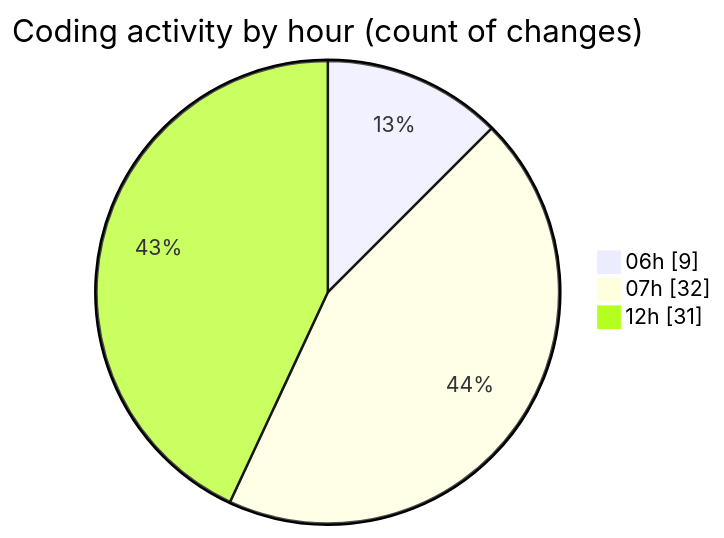
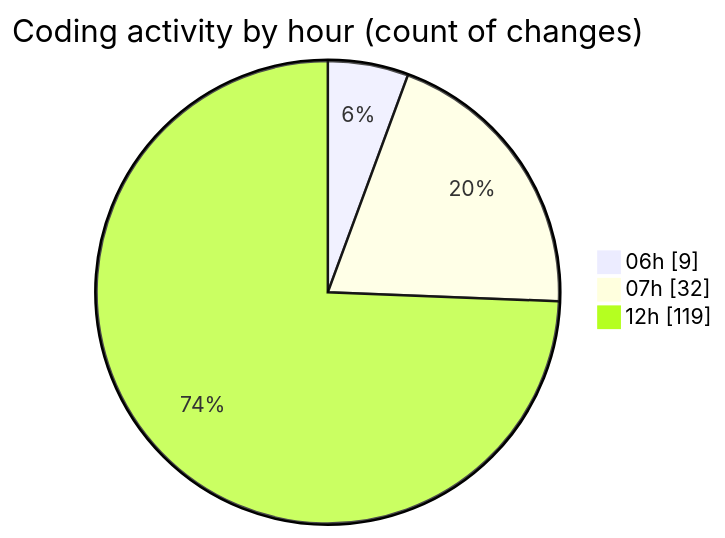
The second of 2 diagrams in 2025-02-18/mbc-web/README.md (robertbonfada/code-tracking), drawn with Mermaid before and after one commit. The commit also changed other lines of this file and 1 other file, not shown here.

````diff
--- a/2025-02-18/mbc-web/README.md
+++ b/2025-02-18/mbc-web/README.md
@@ -60,7 +106,7 @@
 ```mermaid
 pie showData
 title Coding activity by hour (count of changes)
 "06h" : 9
 "07h" : 32
-"12h" : 31
+"12h" : 119
 ```
````
